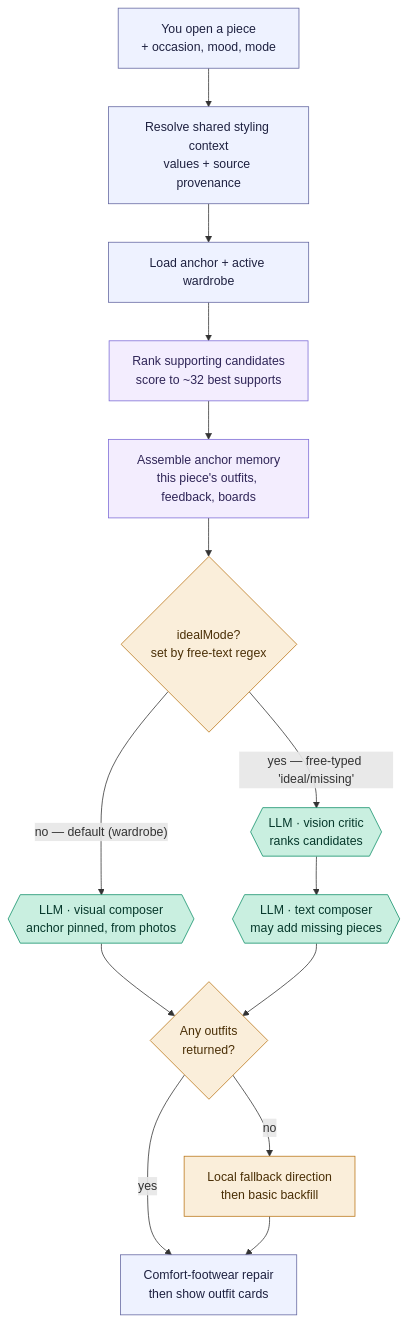
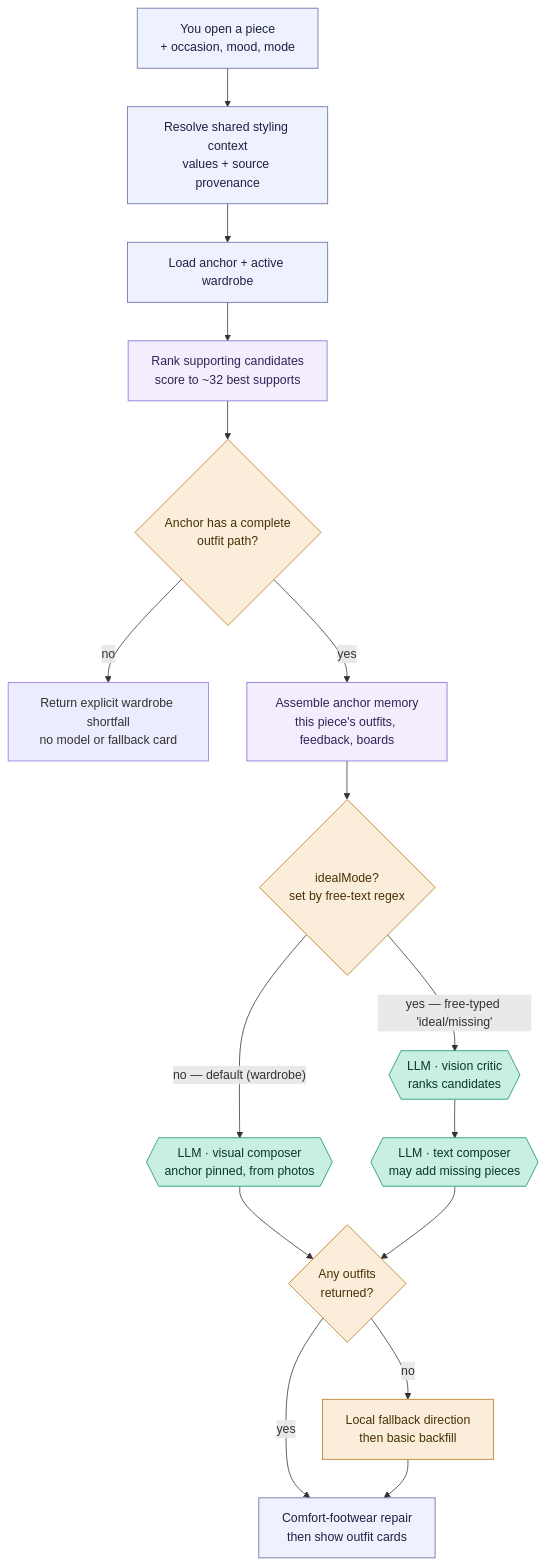
The diagram in docs/flows/selected-piece-composer.md (yunap/closet), drawn with Mermaid before and after one commit. The commit also changed other lines of this file and 20 other files, not shown here.

````diff
--- a/docs/flows/selected-piece-composer.md
+++ b/docs/flows/selected-piece-composer.md
@@ -27,23 +27,25 @@
 ```mermaid
 flowchart TD
     A["You open a piece<br/>+ occasion, mood, mode"] --> X["Resolve shared styling context<br/>values + source provenance"]
     X --> B["Load anchor + active wardrobe"]
     B --> C["Rank supporting candidates<br/>score to ~32 best supports"]
-    C --> D["Assemble anchor memory<br/>this piece's outfits, feedback, boards"]
+    C --> Q{"Anchor has a complete<br/>outfit path?"}
+    Q -->|no| S["Return explicit wardrobe shortfall<br/>no model or fallback card"]
+    Q -->|yes| D["Assemble anchor memory<br/>this piece's outfits, feedback, boards"]
     D --> M{"idealMode?<br/>set by free-text regex"}
     M -->|"no — default (wardrobe)"| E{{"LLM · visual composer<br/>anchor pinned, from photos"}}
     M -->|"yes — free-typed 'ideal/missing'"| V{{"LLM · vision critic<br/>ranks candidates"}} --> E2{{"LLM · text composer<br/>may add missing pieces"}}
     E --> F{"Any outfits<br/>returned?"}
     E2 --> F
     F -->|yes| R["Comfort-footwear repair<br/>then show outfit cards"]
     F -->|no| G["Local fallback direction<br/>then basic backfill"] --> R
 
     classDef app fill:#eef2ff,stroke:#6366a0,color:#1e2140;
     classDef rules fill:#f3edfe,stroke:#7c6bd6,color:#2f2557;
     classDef model fill:#c9efe0,stroke:#0f8f68,color:#06382b;
     classDef check fill:#faeeda,stroke:#ba7517,color:#4a2f06;
     class A,X,B,R app;
     class C,D rules;
     class E,V,E2 model;
-    class M,F,G check;
+    class Q,M,F,G check;
 ```
````
